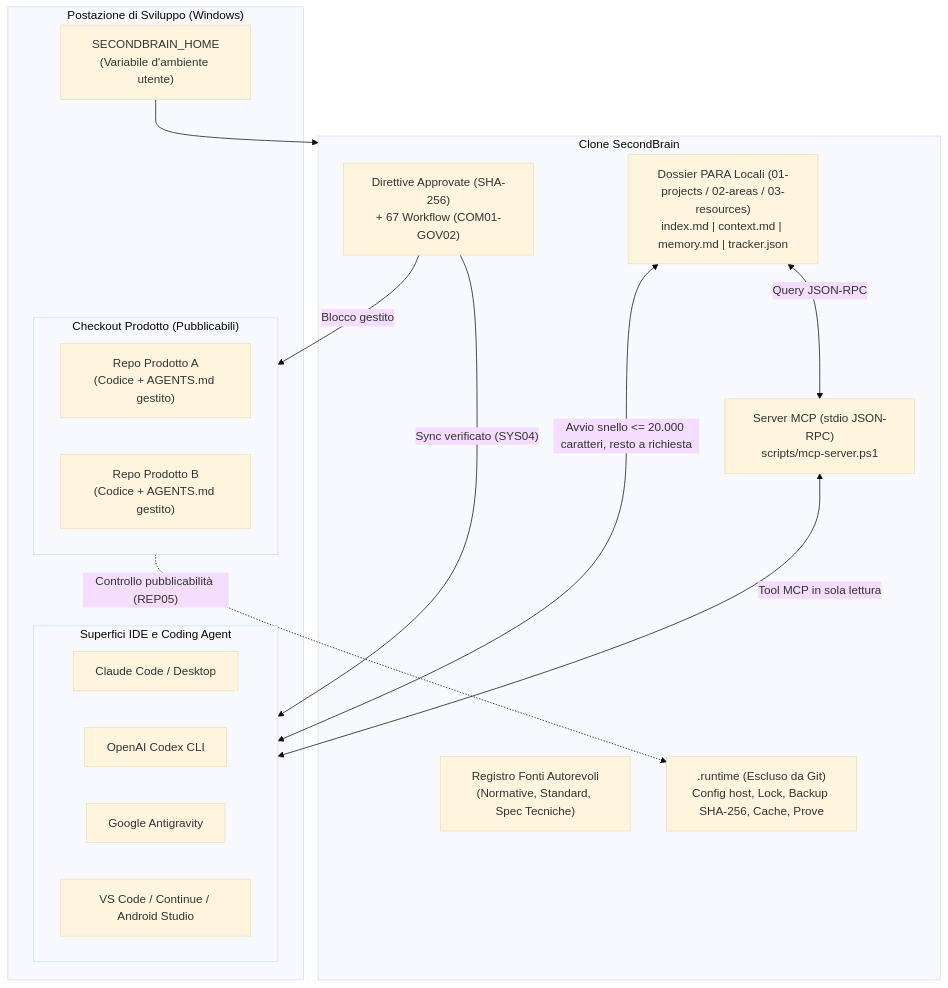
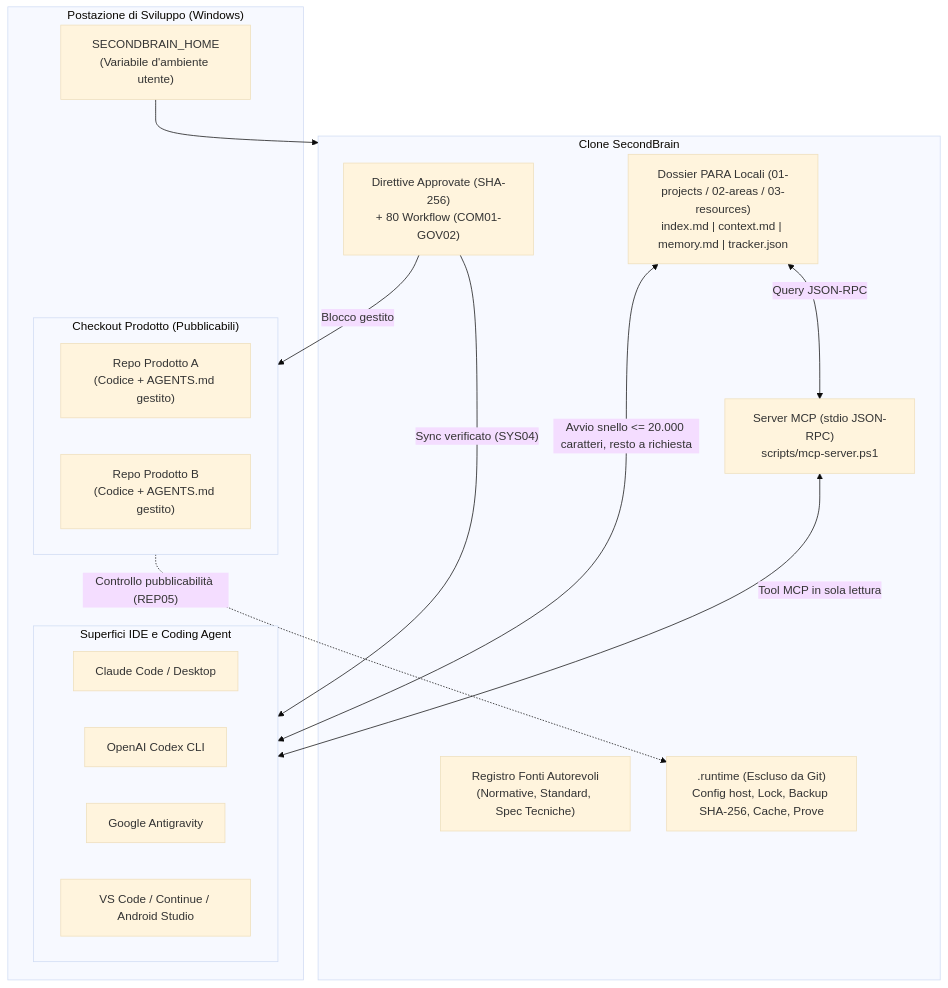
The second of 4 diagrams in README.md (dennidalpos/secondbrain), drawn with Mermaid (base theme) before and after one commit. The commit also changed other lines of this file and 46 other files, not shown here.

````diff
--- a/README.md
+++ b/README.md
@@ -71,32 +71,32 @@
 ```mermaid
 flowchart TB
     subgraph Host["Postazione di Sviluppo (Windows)"]
         ENV["SECONDBRAIN_HOME\n(Variabile d'ambiente utente)"]
         subgraph IDEs["Superfici IDE e Coding Agent"]
             IDE1["Claude Code / Desktop"]
             IDE2["OpenAI Codex CLI"]
             IDE3["Google Antigravity"]
             IDE4["VS Code / Continue / Android Studio"]
         end
         subgraph Repos["Checkout Prodotto (Pubblicabili)"]
             R1["Repo Prodotto A<br/>(Codice + AGENTS.md gestito)"]
             R2["Repo Prodotto B<br/>(Codice + AGENTS.md gestito)"]
         end
     end
 
     subgraph Brain["Clone SecondBrain"]
-        DIR["Direttive Approvate (SHA-256)<br/>+ 67 Workflow (COM01-GOV02)"]
+        DIR["Direttive Approvate (SHA-256)<br/>+ 80 Workflow (COM01-GOV02)"]
         PARA["Dossier PARA Locali (01-projects / 02-areas / 03-resources)<br/>index.md | context.md | memory.md | tracker.json"]
         SRC["Registro Fonti Autorevoli<br/>(Normative, Standard, Spec Tecniche)"]
         MCP["Server MCP (stdio JSON-RPC)<br/>scripts/mcp-server.ps1"]
         RT[".runtime (Escluso da Git)<br/>Config host, Lock, Backup SHA-256, Cache, Prove"]
     end
 
     ENV --> Brain
     DIR -->|"Sync verificato (SYS04)"| IDEs
     DIR -->|"Blocco gestito"| Repos
     PARA <-->|"Avvio snello <= 20.000 caratteri, resto a richiesta"| IDEs
     PARA <-->|"Query JSON-RPC"| MCP
     MCP <-->|"Tool MCP in sola lettura"| IDEs
     Repos -.->|"Controllo pubblicabilità (REP05)"| RT
 ```
````
